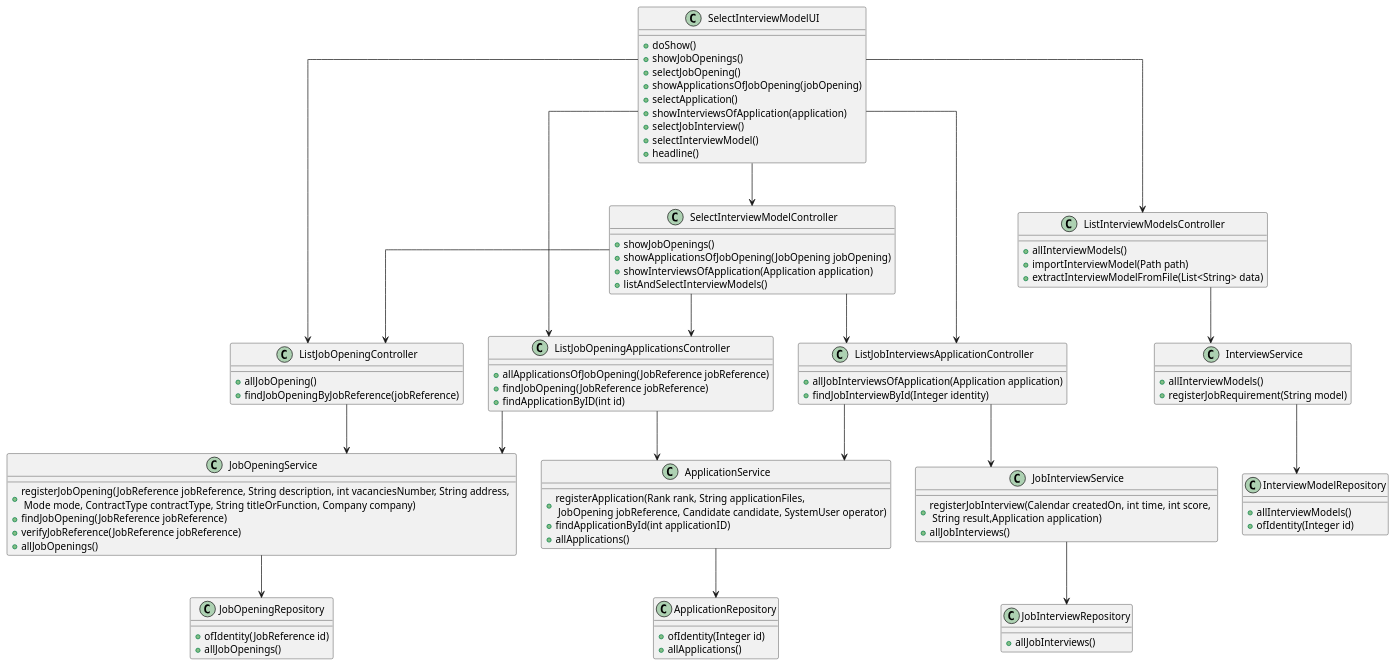
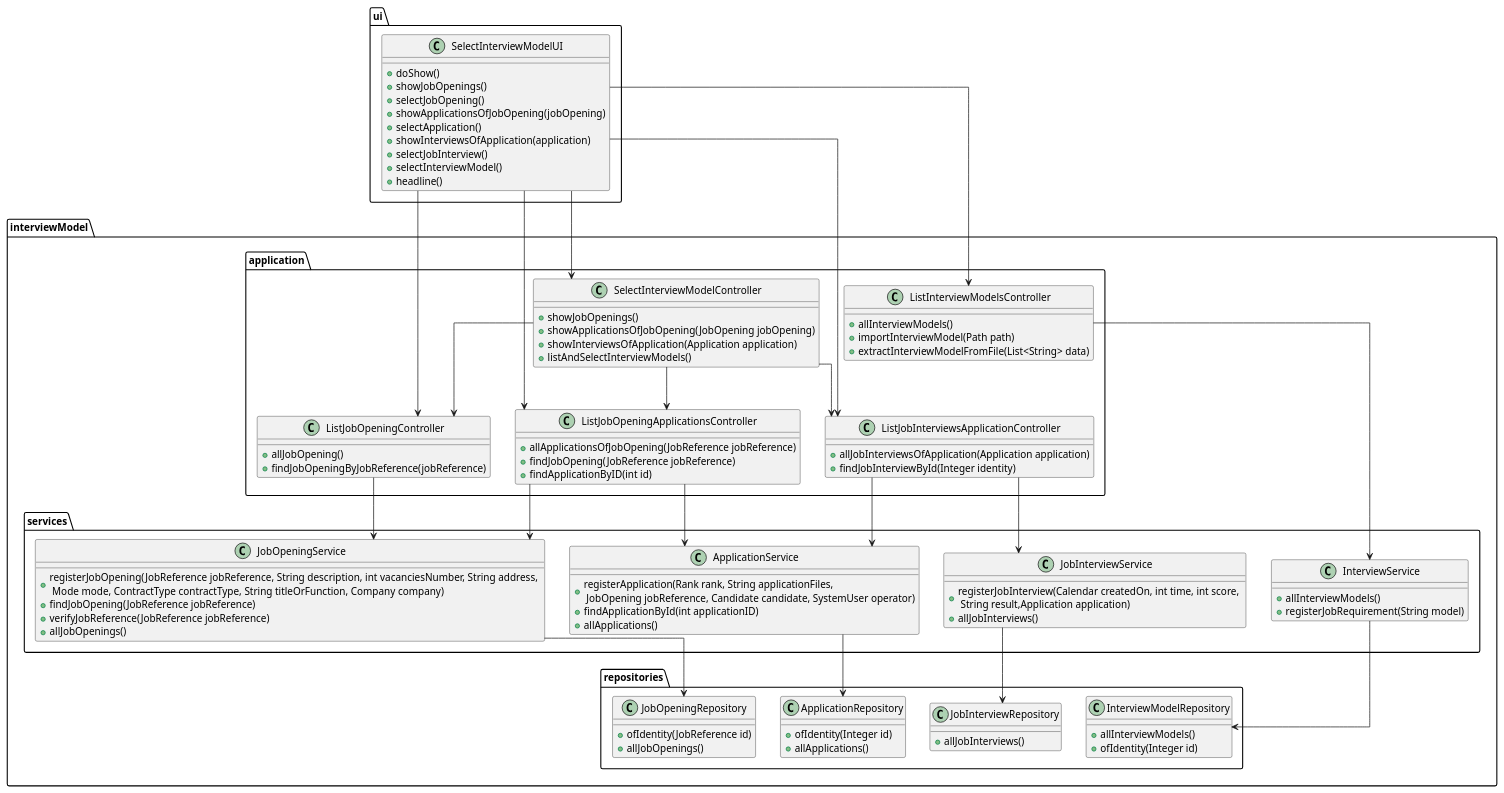
The diagram in docs/SprintB/select-interview-model/class-diagram.puml (MiguelCardoso77/LAPR4), drawn with PlantUML before and after one commit. The commit also changed 25 other files, not shown here.

```diff
--- a/docs/SprintB/select-interview-model/class-diagram.puml
+++ b/docs/SprintB/select-interview-model/class-diagram.puml
@@ -1,113 +1,129 @@
 @startuml
 skinparam linetype ortho
 'left to right direction
 
+package "ui"{
 class SelectInterviewModelUI {
     + doShow()
     + showJobOpenings()
     + selectJobOpening()
     + showApplicationsOfJobOpening(jobOpening)
     + selectApplication()
     + showInterviewsOfApplication(application)
     + selectJobInterview()
     + selectInterviewModel()
     + headline()
 }
-
+}
+package "interviewModel"{
+package "application" {
 class ListJobOpeningController {
     + allJobOpening()
     + findJobOpeningByJobReference(jobReference)
 }
 
 class ListJobOpeningApplicationsController {
     + allApplicationsOfJobOpening(JobReference jobReference)
     + findJobOpening(JobReference jobReference)
     + findApplicationByID(int id)
 }
 
 class ListJobInterviewsApplicationController {
     + allJobInterviewsOfApplication(Application application)
     + findJobInterviewById(Integer identity)
 }
 
 class ListInterviewModelsController {
     + allInterviewModels()
     + importInterviewModel(Path path)
     + extractInterviewModelFromFile(List<String> data)
 }
 
 class SelectInterviewModelController {
     + showJobOpenings()
     + showApplicationsOfJobOpening(JobOpening jobOpening)
     + showInterviewsOfApplication(Application application)
     + listAndSelectInterviewModels()
 }
 
+}
+
+
+package "services" {
 class JobOpeningService {
     + registerJobOpening(JobReference jobReference, String description, int vacanciesNumber, String address, \n Mode mode, ContractType contractType, String titleOrFunction, Company company)
     + findJobOpening(JobReference jobReference)
     + verifyJobReference(JobReference jobReference)
     + allJobOpenings()
 }
 
 class ApplicationService {
     + registerApplication(Rank rank, String applicationFiles, \n JobOpening jobReference, Candidate candidate, SystemUser operator)
     + findApplicationById(int applicationID)
     + allApplications()
 }
 
 class JobInterviewService {
     + registerJobInterview(Calendar createdOn, int time, int score, \n String result,Application application)
     + allJobInterviews()
 }
+class InterviewService {
+    + allInterviewModels()
+    + registerJobRequirement(String model)
+}
+
+}
+
+
+package "repositories" {
 class JobInterviewRepository {
     + allJobInterviews()
 }
 
 class ApplicationRepository {
     + ofIdentity(Integer id)
     + allApplications()
 }
 
 class JobOpeningRepository {
     + ofIdentity(JobReference id)
     + allJobOpenings()
 }
-
-class InterviewService {
-    + allInterviewModels()
-    + registerJobRequirement(String model)
-}
-
 class InterviewModelRepository {
     + allInterviewModels()
     + ofIdentity(Integer id)
 }
+
+}
+}
+
+
+
 
 SelectInterviewModelUI --> ListJobOpeningController
 SelectInterviewModelUI --> ListJobOpeningApplicationsController
 SelectInterviewModelUI --> ListJobInterviewsApplicationController
 SelectInterviewModelUI --> ListInterviewModelsController
 SelectInterviewModelUI --> SelectInterviewModelController
 
 ListJobOpeningController --> JobOpeningService
 JobOpeningService --> JobOpeningRepository
 ListJobOpeningApplicationsController --> JobOpeningService
 ListJobOpeningApplicationsController --> ApplicationService
 ApplicationService --> ApplicationRepository
 
 ListJobInterviewsApplicationController --> ApplicationService
 ListJobInterviewsApplicationController --> JobInterviewService
 
 JobInterviewService --> JobInterviewRepository
 
 ListInterviewModelsController --> InterviewService
 
 InterviewService --> InterviewModelRepository
 
 SelectInterviewModelController --> ListJobOpeningController
 SelectInterviewModelController --> ListJobOpeningApplicationsController
 SelectInterviewModelController --> ListJobInterviewsApplicationController
 
 
 @enduml
```
